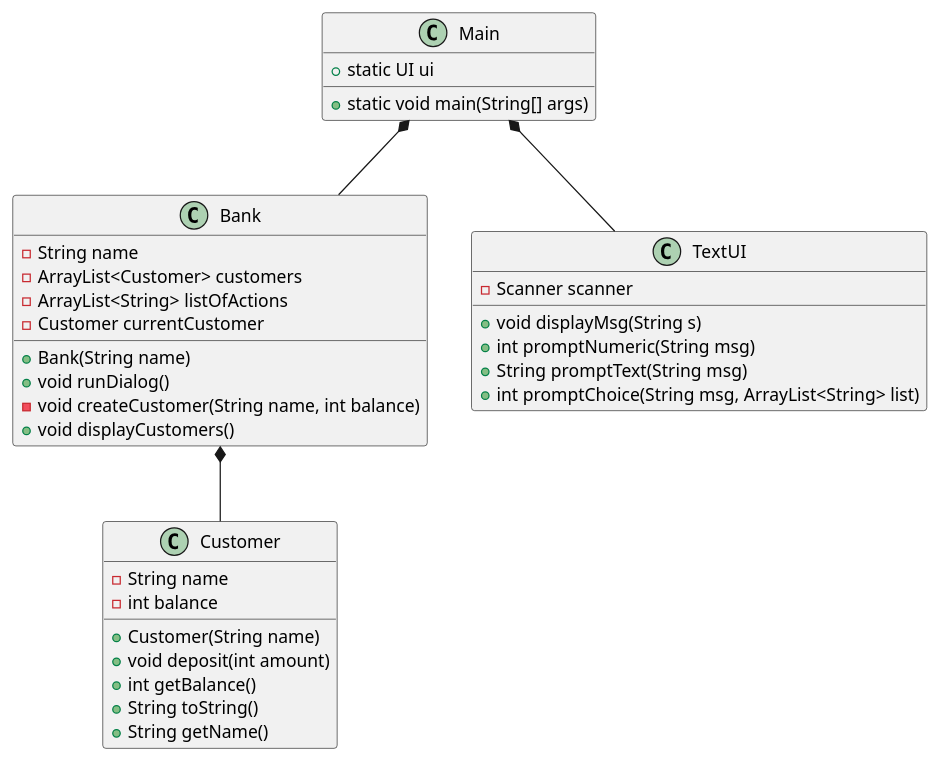
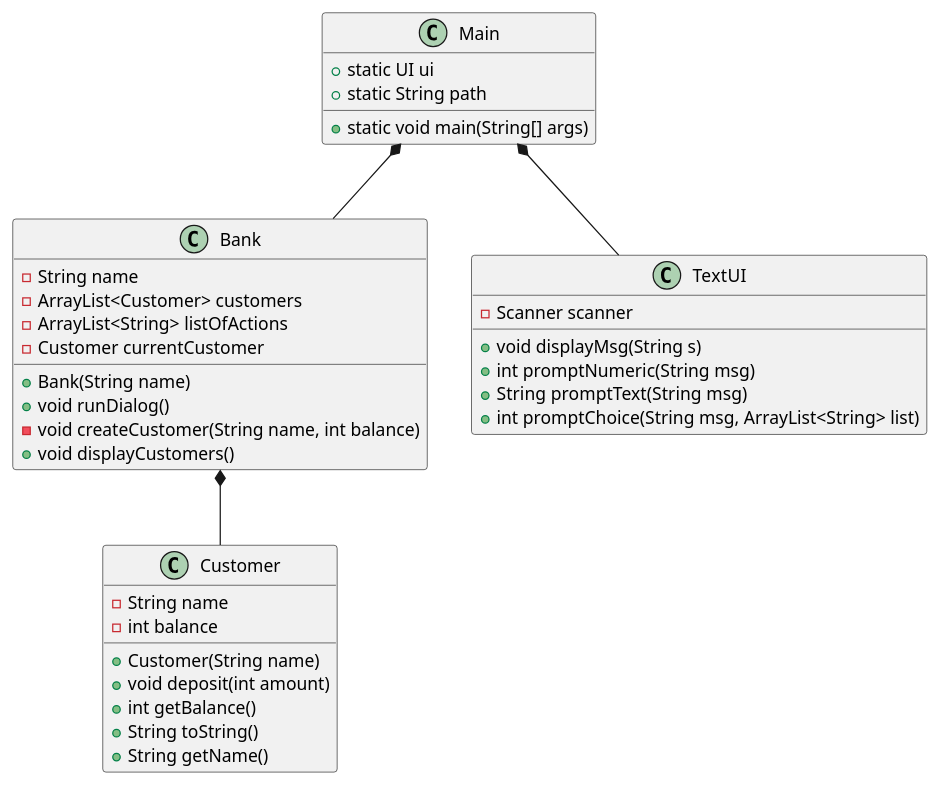
One commit to EmilDagsberg/BankSystem changed the diagram in doc/classdiagram.puml. Above: the diagram before and after it, drawn with PlantUML.

Commit message:
path attribute added

```diff
--- a/doc/classdiagram.puml
+++ b/doc/classdiagram.puml
@@ -1,41 +1,42 @@
 @startuml
 class Main{
 + static UI ui
++ static String path
 + static void main(String[] args)
 }
 
 
 class Bank{
  - String name
  - ArrayList<Customer> customers
  - ArrayList<String> listOfActions
  - Customer currentCustomer
  + Bank(String name)
  + void runDialog()
  - void createCustomer(String name, int balance)
  + void displayCustomers()
 }
 
 class Customer{
 - String name
 - int balance
 + Customer(String name)
 + void deposit(int amount)
 + int getBalance()
 + String toString()
 + String getName()
 }
 
 class TextUI{
 - Scanner scanner
 + void displayMsg(String s)
 + int promptNumeric(String msg)
 + String promptText(String msg)
 + int promptChoice(String msg, ArrayList<String> list)
 }
 
 Main *-- TextUI
 Main *-- Bank
 Bank *-- Customer
 
 @enduml
```
